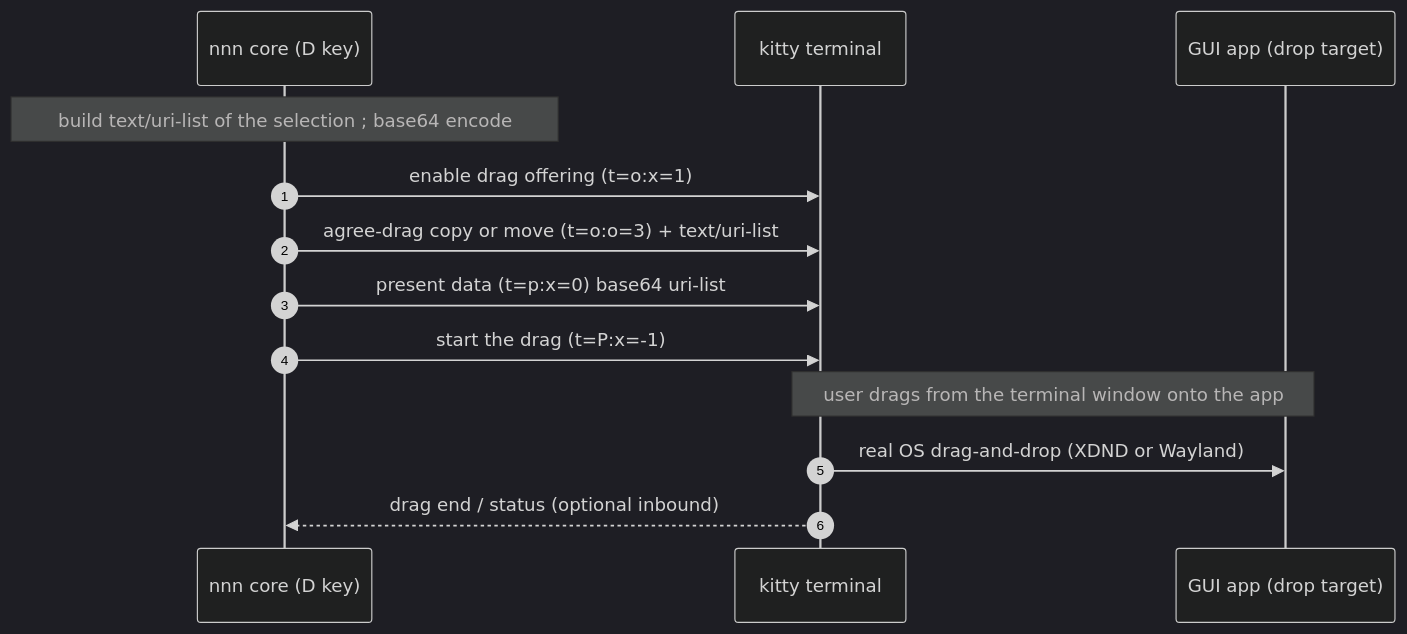
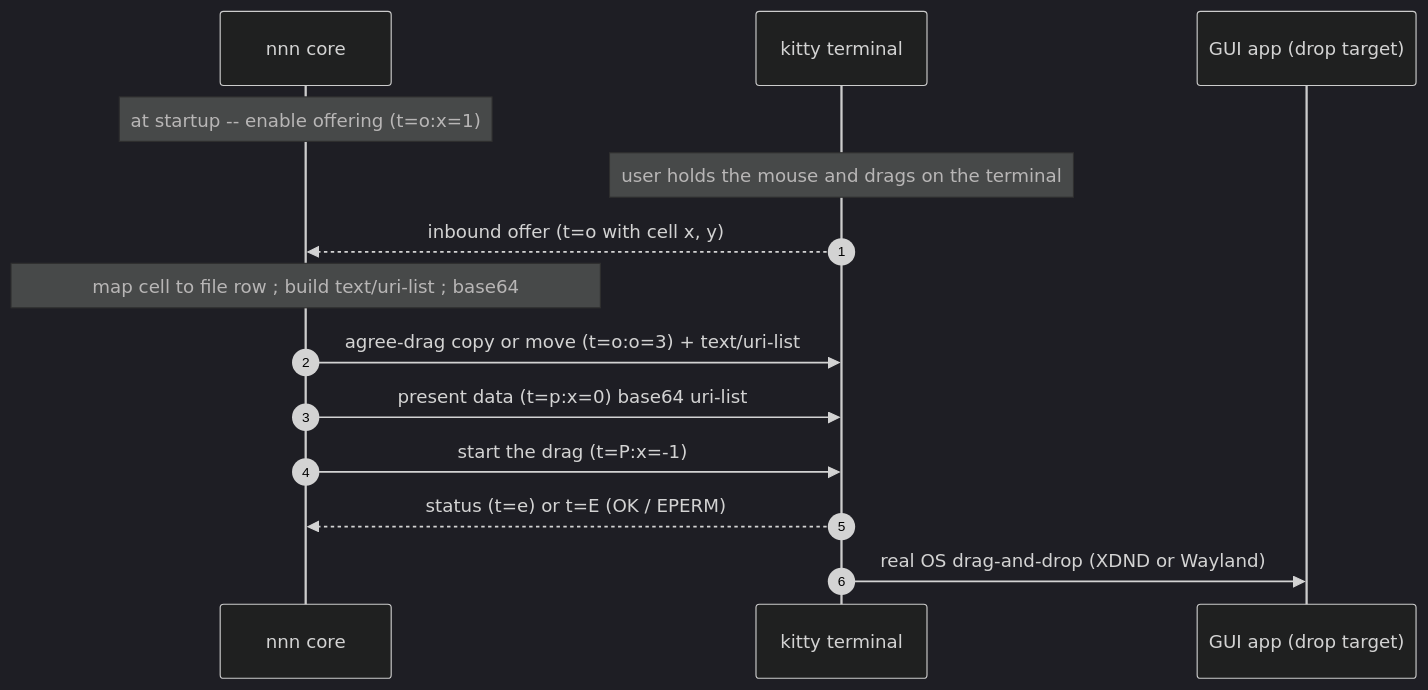
Diagram 23 of 27 in docs/Brainstorm_nnn_Support_Drag_and_Drop.md (techcaotri/nnn), drawn with Mermaid (dark theme) before and after one commit. The commit also changed other lines of this file, not shown here.

First line of the commit message:
docs(dnd): correct Section 5 -- kitty drag-out is gesture-driven (Yazi confirms)

````diff
--- a/docs/Brainstorm_nnn_Support_Drag_and_Drop.md
+++ b/docs/Brainstorm_nnn_Support_Drag_and_Drop.md
@@ -1309,16 +1327,17 @@
 ```mermaid
-%% Drag OUT via OSC-72: nnn emits escape codes, kitty performs the real drag
+%% Drag OUT via OSC-72 (corrected): gesture-driven and bidirectional
 sequenceDiagram
     autonumber
-    participant N as nnn core (D key)
+    participant N as nnn core
     participant K as kitty terminal
     participant G as GUI app (drop target)
-    Note over N: build text/uri-list of the selection #59; base64 encode
-    N->>K: enable drag offering (t=o:x=1)
+    Note over N: at startup -- enable offering (t=o:x=1)
+    Note over K: user holds the mouse and drags on the terminal
+    K-->>N: inbound offer (t=o with cell x, y)
+    Note over N: map cell to file row #59; build text/uri-list #59; base64
     N->>K: agree-drag copy or move (t=o:o=3) + text/uri-list
     N->>K: present data (t=p:x=0) base64 uri-list
     N->>K: start the drag (t=P:x=-1)
-    Note over K,G: user drags from the terminal window onto the app
+    K-->>N: status (t=e) or t=E (OK / EPERM)
     K->>G: real OS drag-and-drop (XDND or Wayland)
-    K-->>N: drag end / status (optional inbound)
 ```
````
